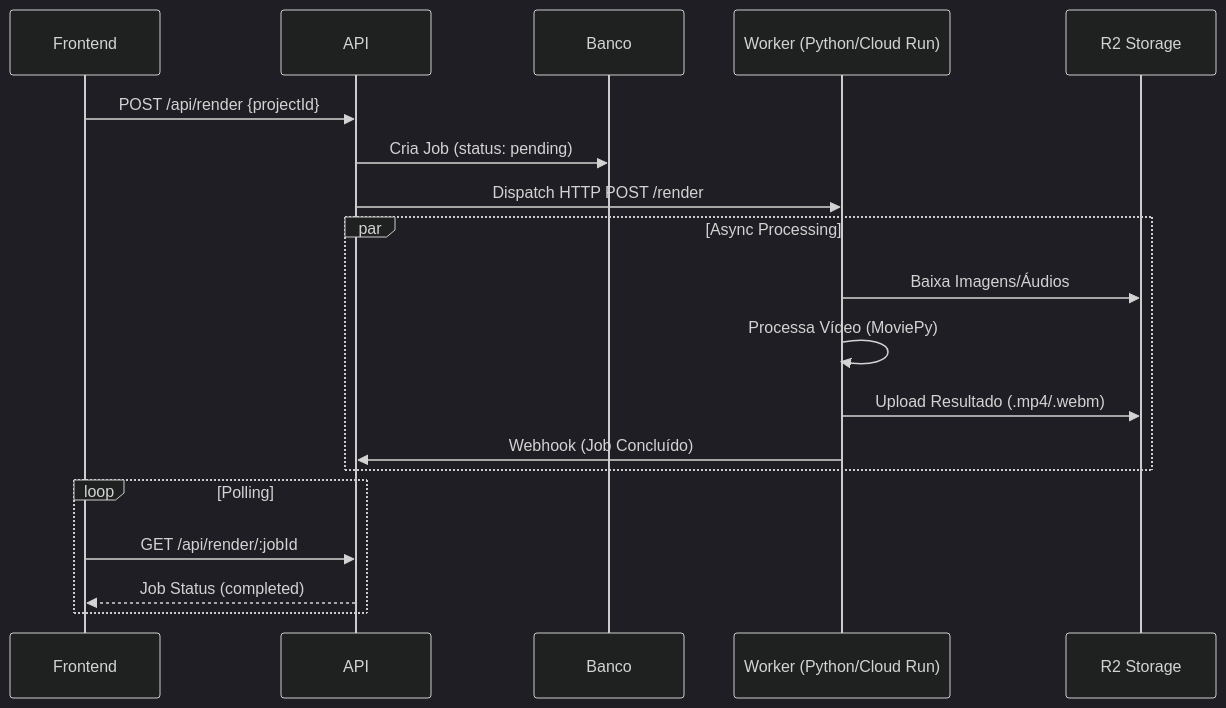
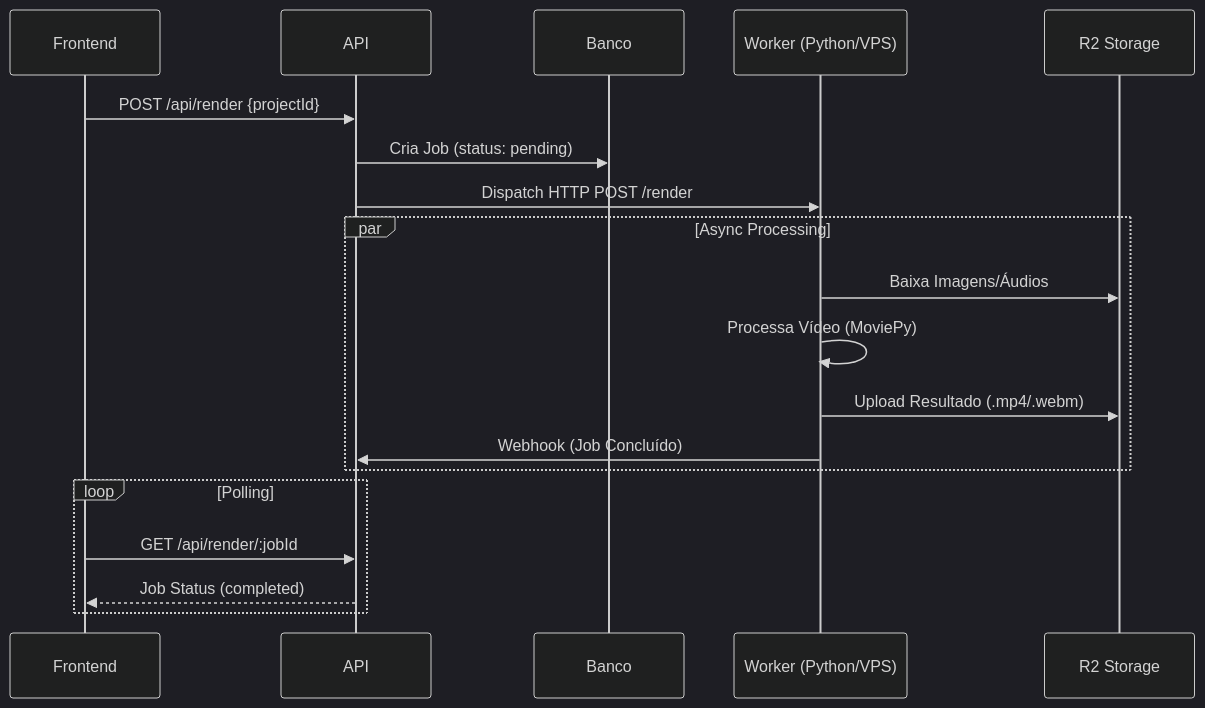
The second of 3 diagrams in docs/ARCHITECTURE_FLOW.md (GabrielMBatista/shortsai-studio), drawn with Mermaid (dark theme) before and after one commit. The commit also changed other lines of this file and 1 other file, not shown here.

Commit message:
docs: add detailed system architecture and data flow documentation, and update project description in README.

````diff
--- a/docs/ARCHITECTURE_FLOW.md
+++ b/docs/ARCHITECTURE_FLOW.md
@@ -44,24 +44,24 @@
 ```mermaid
 sequenceDiagram
     participant F as Frontend
     participant A as API
     participant D as Banco
-    participant W as Worker (Python/Cloud Run)
+    participant W as Worker (Python/VPS)
     participant R as R2 Storage
 
     F->>A: POST /api/render {projectId}
     A->>D: Cria Job (status: pending)
     A->>W: Dispatch HTTP POST /render
     
     par Async Processing
         W->>R: Baixa Imagens/Áudios
         W->>W: Processa Vídeo (MoviePy)
         W->>R: Upload Resultado (.mp4/.webm)
         W->>A: Webhook (Job Concluído)
     end
     
     loop Polling
         F->>A: GET /api/render/:jobId
         A-->>F: Job Status (completed)
     end
 ```
````
